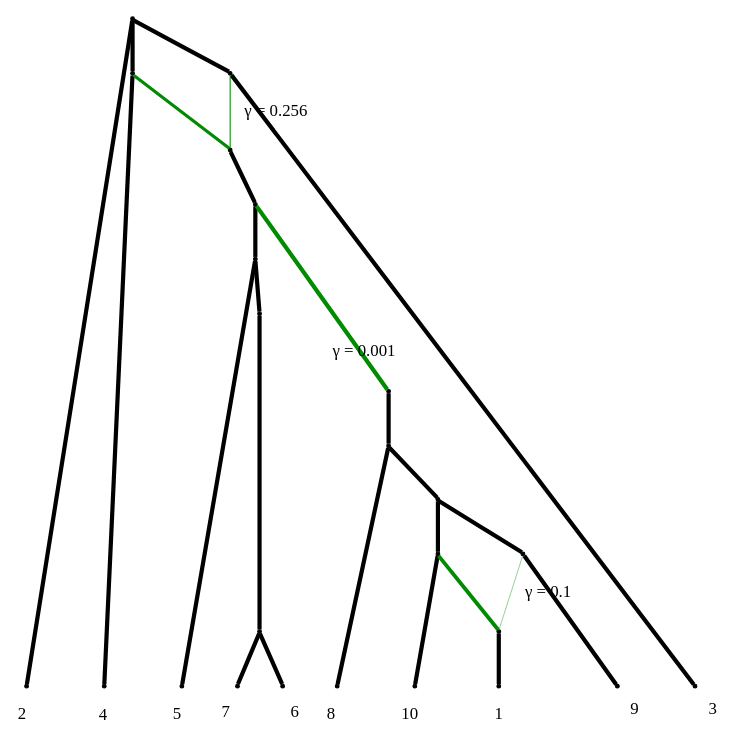
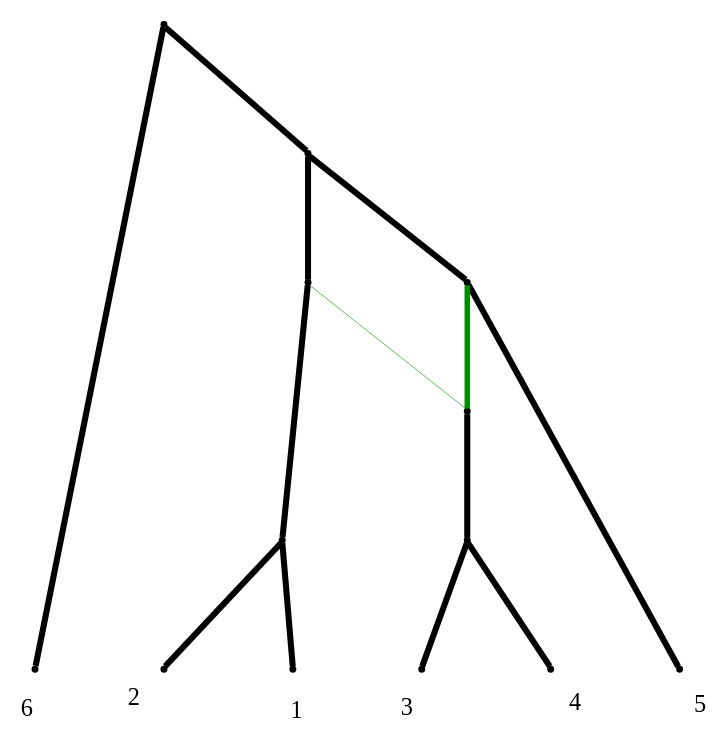
Before and after one commit to JuliaPhylo/PhyloNetworks.jl: the diagram in visualization/drawCF.dot, drawn with Graphviz. The commit also changed 5 other files, not shown here.

```diff
--- a/visualization/drawCF.dot
+++ b/visualization/drawCF.dot
@@ -1,116 +1,63 @@
 Graph Phylogeny { 
     labelloc=b 
     ratio="fill"; 
     size="6 ,8 !"; 
     nodesep=0.5; 
     splines=line; 
     edge [fontsize=16.0]; 
     node [shape = point] 
     rank=max -1 
-  subgraph    { 1 , 2 , 3 , 4 , 6 , 7 , 9 , 10 , 12 , 13 } 
+  subgraph    { 1 , 2 , 3 , 5 , 6 , 7 } 
     1 [label=1] [shape = point] 
     2 [label=2] [shape = point] 
     3 [label=3] [shape = point] 
-    4 [label=4] [shape = point] 
+    5 [label=5] [shape = point] 
     6 [label=6] [shape = point] 
     7 [label=7] [shape = point] 
-    9 [label=9] [shape = point] 
-    10 [label=10] [shape = point] 
-    12 [label=12] [shape = point] 
-    13 [label=13] [shape = point] 
  
+     -1 -- 1
+                                  [headlabel=6]
+                                  [labeldistance=3.0]
+                                  [labelangle=180.0]
+                                  [penwidth=4]; 
      -1 -- -2
                                   [penwidth=4]; 
-     -2 -- 1
+     -2 -- -3
+                                  [penwidth=4]; 
+     -3 -- -4
+                                  [penwidth=4]; 
+     -4 -- 2
+                                  [headlabel=2]
+                                  [labeldistance=3.0]
+                                  [labelangle=180.0]
+                                  [penwidth=4]; 
+     -4 -- 3
+                                  [headlabel=1]
+                                  [labeldistance=3.0]
+                                  [labelangle=180.0]
+                                  [penwidth=4]; 
+   -3 -- 4
+                                  [color=green4]
+                                  [penwidth=0.4]; 
+     -2 -- -5
+                                  [penwidth=4]; 
+     -5 -- 5
+                                  [headlabel=5]
+                                  [labeldistance=3.0]
+                                  [labelangle=180.0]
+                                  [penwidth=4]; 
+   -5 -- 4
+                                  [color=green4]
+                                  [penwidth=3.6]     4 -- -7
+                                  [penwidth=4]; 
+     -7 -- 6
+                                  [headlabel=3]
+                                  [labeldistance=3.0]
+                                  [labelangle=180.0]
+                                  [penwidth=4]; 
+     -7 -- 7
                                   [headlabel=4]
                                   [labeldistance=3.0]
                                   [labelangle=180.0]
                                   [penwidth=4]; 
-   -2 -- 11
-                                  [color=green4]
-                                  [penwidth=2.976]     11 -- -4
-                                  [penwidth=4]; 
-     -4 -- -5
-                                  [penwidth=4]; 
-     -5 -- 2
-                                  [headlabel=5]
-                                  [labeldistance=3.0]
-                                  [labelangle=180.0]
-                                  [penwidth=4]; 
-     -5 -- -6
-                                  [penwidth=4]; 
-     -6 -- -7
-                                  [penwidth=4]; 
-     -7 -- 3
-                                  [headlabel=7]
-                                  [labeldistance=3.0]
-                                  [labelangle=180.0]
-                                  [penwidth=4]; 
-     -7 -- 4
-                                  [headlabel=6]
-                                  [labeldistance=3.0]
-                                  [labelangle=180.0]
-                                  [penwidth=4]; 
-   -6 -- 5
-                                  [color=green4]
-                                  [label=" &gamma; = 0.001"]
-                                  [labeldistance = 3.5]
-                                  [labelangle=45.0]
-                                  [penwidth=0.004]; 
-   -4 -- 5
-                                  [color=green4]
-                                  [penwidth=3.996]     5 -- -9
-                                  [penwidth=4]; 
-     -9 -- -10
-                                  [penwidth=4]; 
-     -10 -- -11
-                                  [penwidth=4]; 
-     -11 -- 6
-                                  [headlabel=10]
-                                  [labeldistance=3.0]
-                                  [labelangle=180.0]
-                                  [penwidth=4]; 
-   -11 -- 8
-                                  [color=green4]
-                                  [penwidth=3.6]     8 -- 7
-                                  [headlabel=1]
-                                  [labeldistance=3.0]
-                                  [labelangle=180.0]
-                                  [penwidth=4]; 
-     -10 -- -13
-                                  [penwidth=4]; 
-     -13 -- 9
-                                  [headlabel=9]
-                                  [labeldistance=3.0]
-                                  [labelangle=180.0]
-                                  [penwidth=4]; 
-   -13 -- 8
-                                  [color=green4]
-                                  [label=" &gamma; = 0.1"]
-                                  [labeldistance = 3.5]
-                                  [labelangle=45.0]
-                                  [penwidth=0.4]; 
-     -9 -- 10
-                                  [headlabel=8]
-                                  [labeldistance=3.0]
-                                  [labelangle=180.0]
-                                  [penwidth=4]; 
-     -1 -- 12
-                                  [headlabel=2]
-                                  [labeldistance=3.0]
-                                  [labelangle=180.0]
-                                  [penwidth=4]; 
-     -1 -- -14
-                                  [penwidth=4]; 
-   -14 -- 11
-                                  [color=green4]
-                                  [label=" &gamma; = 0.256"]
-                                  [labeldistance = 3.5]
-                                  [labelangle=45.0]
-                                  [penwidth=1.024]; 
-     -14 -- 13
-                                  [headlabel=3]
-                                  [labeldistance=3.0]
-                                  [labelangle=180.0]
-                                  [penwidth=4]; 
 }
```
